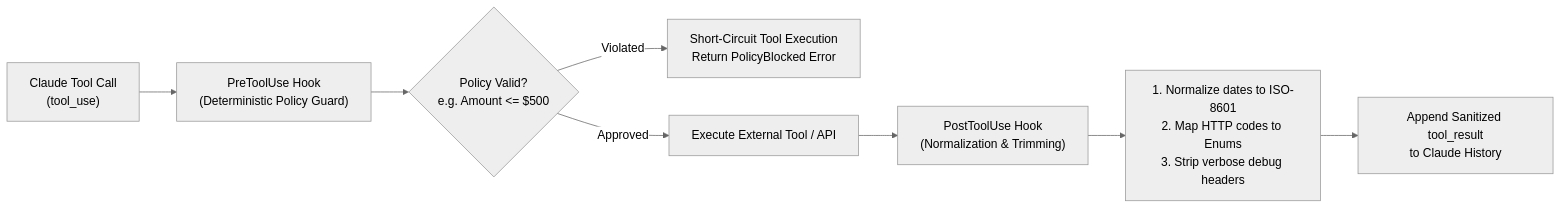
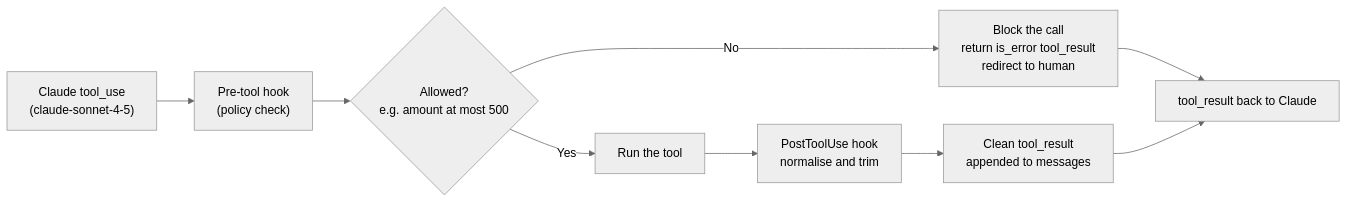
The diagram in domain1/ts_1_5_sdk_hooks/README.md (dip4k/claude_cert_architect_foundation_prep), drawn with Mermaid (neutral theme) before and after one commit. The commit also changed other lines of this file and 133 other files, not shown here.

````diff
--- a/domain1/ts_1_5_sdk_hooks/README.md
+++ b/domain1/ts_1_5_sdk_hooks/README.md
@@ -60,15 +94,13 @@
 ```mermaid
 flowchart LR
-    ModelTurn["Claude Tool Call<br>(tool_use)"] --> PreHook["PreToolUse Hook<br>(Deterministic Policy Guard)"]
-    
-    PreHook --> PolicyCheck{"Policy Valid?<br>e.g. Amount <= $500"}
-    
-    PolicyCheck -->|"Violated"| BlockExec["Short-Circuit Tool Execution<br>Return PolicyBlocked Error"]
-    PolicyCheck -->|"Approved"| ToolExec["Execute External Tool / API"]
-    
-    ToolExec --> PostHook["PostToolUse Hook<br>(Normalization & Trimming)"]
-    
-    PostHook --> CleanFormat["1. Normalize dates to ISO-8601<br>2. Map HTTP codes to Enums<br>3. Strip verbose debug headers"]
-    
-    CleanFormat --> ModelInput["Append Sanitized tool_result<br>to Claude History"]
+    Model["Claude tool_use<br>(claude-sonnet-4-5)"] --> Pre["Pre-tool hook<br>(policy check)"]
+    Pre --> Allowed{"Allowed?<br>e.g. amount at most 500"}
+
+    Allowed -->|"No"| Block["Block the call<br>return is_error tool_result<br>redirect to human"]
+    Allowed -->|"Yes"| Tool["Run the tool"]
+
+    Tool --> Post["PostToolUse hook<br>normalise and trim"]
+    Post --> Clean["Clean tool_result<br>appended to messages"]
+    Block --> Back["tool_result back to Claude"]
+    Clean --> Back
 ```
````
